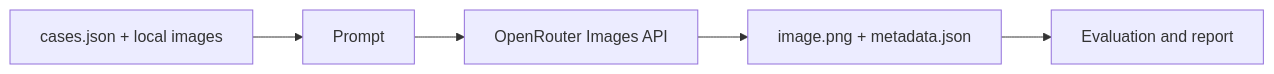
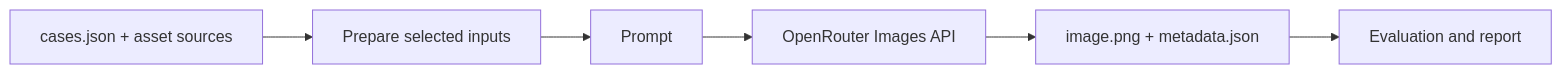
The diagram in README.md (komaksym/weon-assignment), drawn with Mermaid before and after one commit. The commit also changed other lines of this file and 7 other files, not shown here.

````diff
--- a/README.md
+++ b/README.md
@@ -9,7 +9,8 @@
 ```mermaid
 flowchart LR
-    A[cases.json + local images] --> B[Prompt]
-    B --> C[OpenRouter Images API]
-    C --> D[image.png + metadata.json]
-    D --> E[Evaluation and report]
+    A[cases.json + asset sources] --> B[Prepare selected inputs]
+    B --> C[Prompt]
+    C --> D[OpenRouter Images API]
+    D --> E[image.png + metadata.json]
+    E --> F[Evaluation and report]
 ```
````
